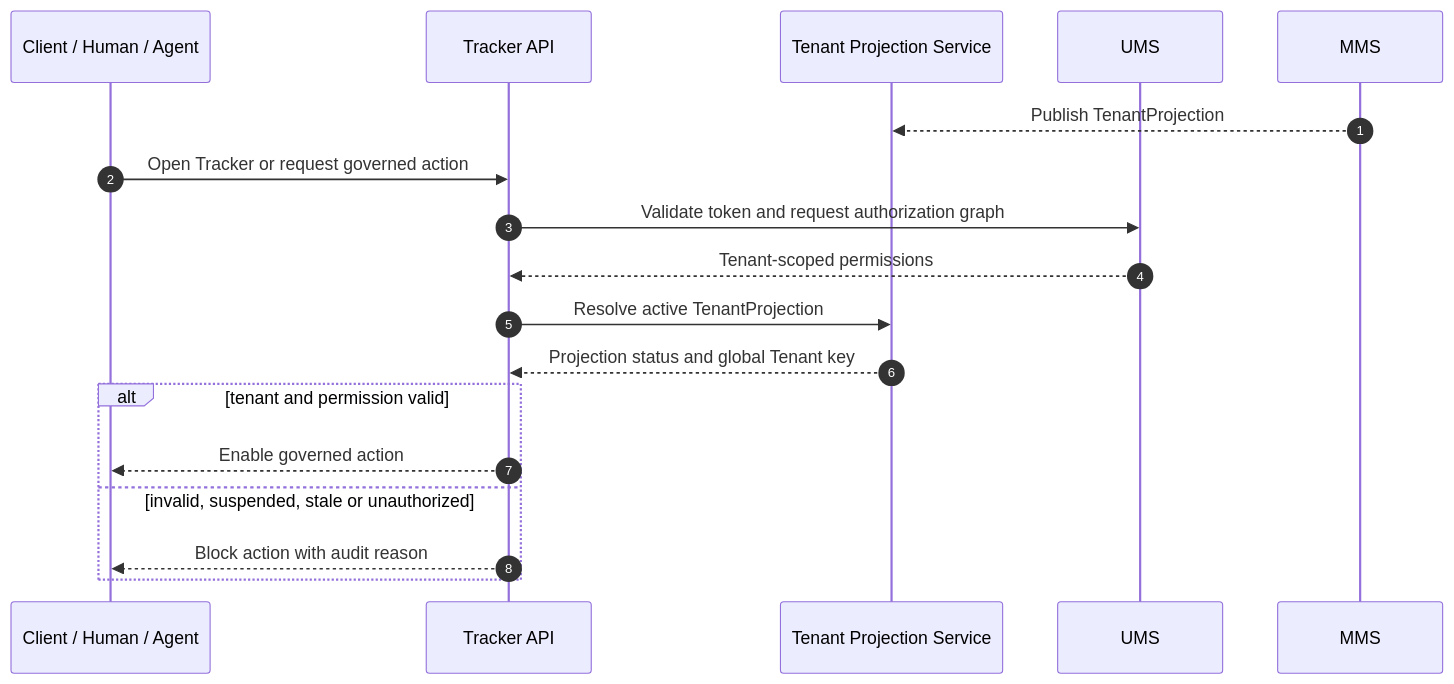
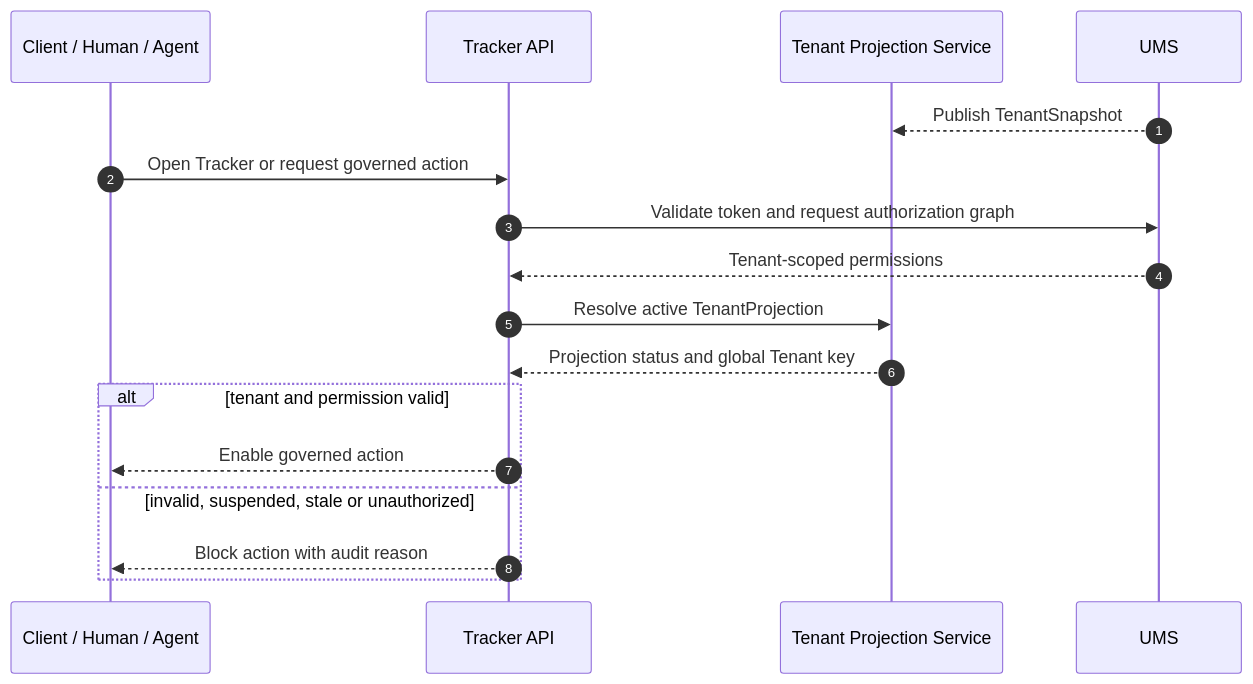
One commit to beyondnetcode/evolith_arch32 changed the second of 4 diagrams in product/products/evolith-tracker/sdlc-tracker-technical-interfaces.md. Above: the diagram before and after it, drawn with Mermaid. The commit also changed other lines of this file and 3 other files, not shown here.

First line of the commit message:
docs(suite): the two design documents that still drew MMS as the tenant master

````diff
--- a/product/products/evolith-tracker/sdlc-tracker-technical-interfaces.md
+++ b/product/products/evolith-tracker/sdlc-tracker-technical-interfaces.md
@@ -276,22 +275,21 @@
 ```mermaid
 sequenceDiagram
     autonumber
     participant C as Client / Human / Agent
     participant T as Tracker API
     participant S as Tenant Projection Service
     participant U as UMS
-    participant M as MMS
 
-    M-->>S: Publish TenantProjection
+    U-->>S: Publish TenantSnapshot
     C->>T: Open Tracker or request governed action
     T->>U: Validate token and request authorization graph
     U-->>T: Tenant-scoped permissions
     T->>S: Resolve active TenantProjection
     S-->>T: Projection status and global Tenant key
 
     alt tenant and permission valid
         T-->>C: Enable governed action
     else invalid, suspended, stale or unauthorized
         T-->>C: Block action with audit reason
     end
 ```
````
